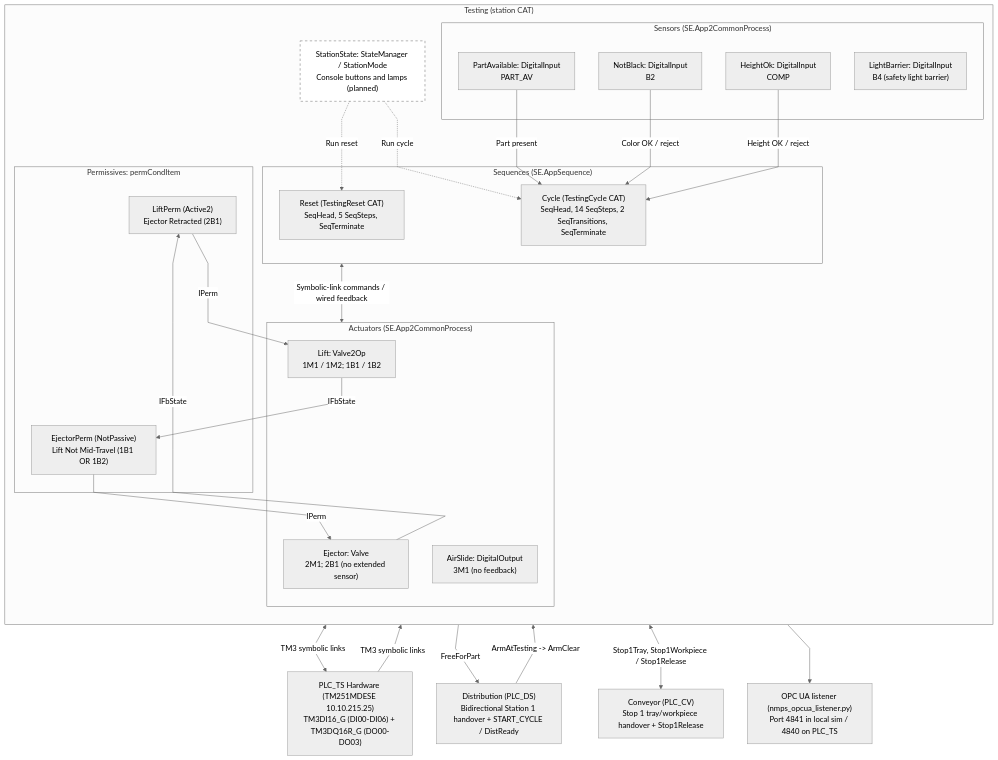
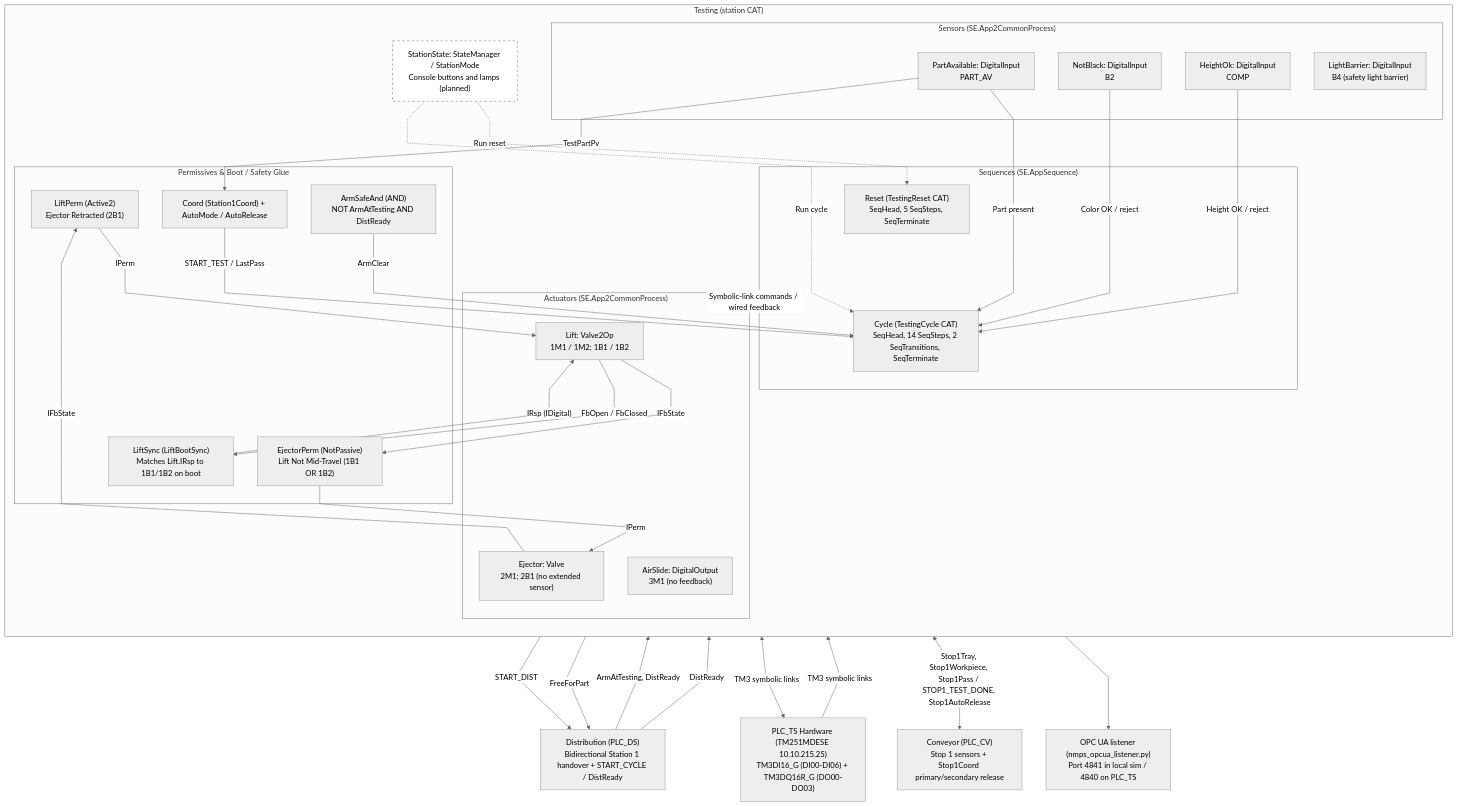
One commit to D7017E-LLM-Based-Failure-Detection/ttt-MPS changed the first of 3 diagrams in docs/TESTING.md. Above: the diagram before and after it, drawn with Mermaid. The commit also changed other lines of this file and 2 other files, not shown here.

Commit message:
docs: record lab-verified Station 1 handover and Conveyor OPC UA fix

````diff
--- a/docs/TESTING.md
+++ b/docs/TESTING.md
@@ -31,57 +31,67 @@
 ```mermaid
 %%{init: {"theme": "neutral", "flowchart": {"curve": "linear"}}}%%
 flowchart TB
     subgraph Testing["Testing (station CAT)"]
         direction TB
         StationState["StationState: StateManager / StationMode<br/>Console buttons and lamps (planned)"]
 
         subgraph Sequences["Sequences (SE.AppSequence)"]
             Reset["Reset (TestingReset CAT)<br/>SeqHead, 5 SeqSteps, SeqTerminate"]
             Cycle["Cycle (TestingCycle CAT)<br/>SeqHead, 14 SeqSteps, 2 SeqTransitions, SeqTerminate"]
         end
 
         subgraph Actuators["Actuators (SE.App2CommonProcess)"]
             Lift["Lift: Valve2Op<br/>1M1 / 1M2; 1B1 / 1B2"]
             Ejector["Ejector: Valve<br/>2M1; 2B1 (no extended sensor)"]
             AirSlide["AirSlide: DigitalOutput<br/>3M1 (no feedback)"]
         end
 
         subgraph Sensors["Sensors (SE.App2CommonProcess)"]
             PartAvailable["PartAvailable: DigitalInput<br/>PART_AV"]
             NotBlack["NotBlack: DigitalInput<br/>B2"]
             HeightOk["HeightOk: DigitalInput<br/>COMP"]
             LightBarrier["LightBarrier: DigitalInput<br/>B4 (safety light barrier)"]
         end
 
-        subgraph Permissives["Permissives: permCondItem"]
+        subgraph Permissives["Permissives & Boot / Safety Glue"]
             LiftPerm["LiftPerm (Active2)<br/>Ejector Retracted (2B1)"]
             EjectorPerm["EjectorPerm (NotPassive)<br/>Lift Not Mid-Travel (1B1 OR 1B2)"]
+            LiftSync["LiftSync (LiftBootSync)<br/>Matches Lift.IRsp to 1B1/1B2 on boot"]
+            ArmSafe["ArmSafeAnd (AND)<br/>NOT ArmAtTesting AND DistReady"]
+            Coord["Coord (Station1Coord) + AutoMode / AutoRelease"]
         end
 
         StationState -.->|Run reset| Reset
         StationState -.->|Run cycle| Cycle
         Sequences <-->|Symbolic-link commands / wired feedback| Actuators
         PartAvailable -->|Part present| Cycle
+        PartAvailable -->|TestPartPv| Coord
         NotBlack -->|Color OK / reject| Cycle
         HeightOk -->|Height OK / reject| Cycle
         Ejector -->|IFbState| LiftPerm
         LiftPerm -->|IPerm| Lift
         Lift -->|IFbState| EjectorPerm
         EjectorPerm -->|IPerm| Ejector
+        LiftSync -->|"IRsp (IDigital)"| Lift
+        Lift -->|FbOpen / FbClosed| LiftSync
+        ArmSafe -->|"ArmClear"| Cycle
+        Coord -->|START_TEST / LastPass| Cycle
     end
 
     PLC["PLC_TS Hardware (TM251MDESE 10.10.215.25)<br/>TM3DI16_G (DI00-DI06) + TM3DQ16R_G (DO00-DO03)"]
     Distribution["Distribution (PLC_DS)<br/>Bidirectional Station 1 handover + START_CYCLE / DistReady"]
-    Conveyor["Conveyor (PLC_CV)<br/>Stop 1 tray/workpiece handover + Stop1Release"]
+    Conveyor["Conveyor (PLC_CV)<br/>Stop 1 sensors + Stop1Coord primary/secondary release"]
     OPCUA["OPC UA listener (nmps_opcua_listener.py)<br/>Port 4841 in local sim / 4840 on PLC_TS"]
 
     Actuators <-->|TM3 symbolic links| PLC
     PLC -->|TM3 symbolic links| Sensors
     Testing -->|FreeForPart| Distribution
-    Distribution -->|"ArmAtTesting -> ArmClear"| Cycle
-    Testing <-->|"Stop1Tray, Stop1Workpiece / Stop1Release"| Conveyor
+    Coord -->|START_DIST| Distribution
+    Distribution -->|"ArmAtTesting, DistReady"| ArmSafe
+    Distribution -->|DistReady| Coord
+    Testing <-->|"Stop1Tray, Stop1Workpiece, Stop1Pass / STOP1_TEST_DONE, Stop1AutoRelease"| Conveyor
     Testing --> OPCUA
 
     classDef planned fill:#fff,stroke:#666,stroke-dasharray:5 5
     class StationState planned
 ```
````
